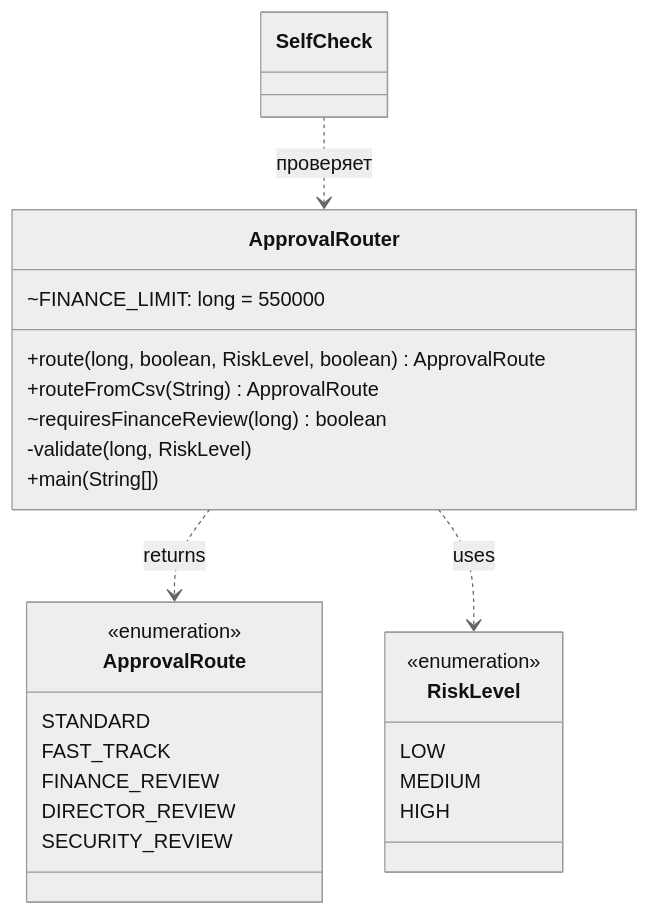
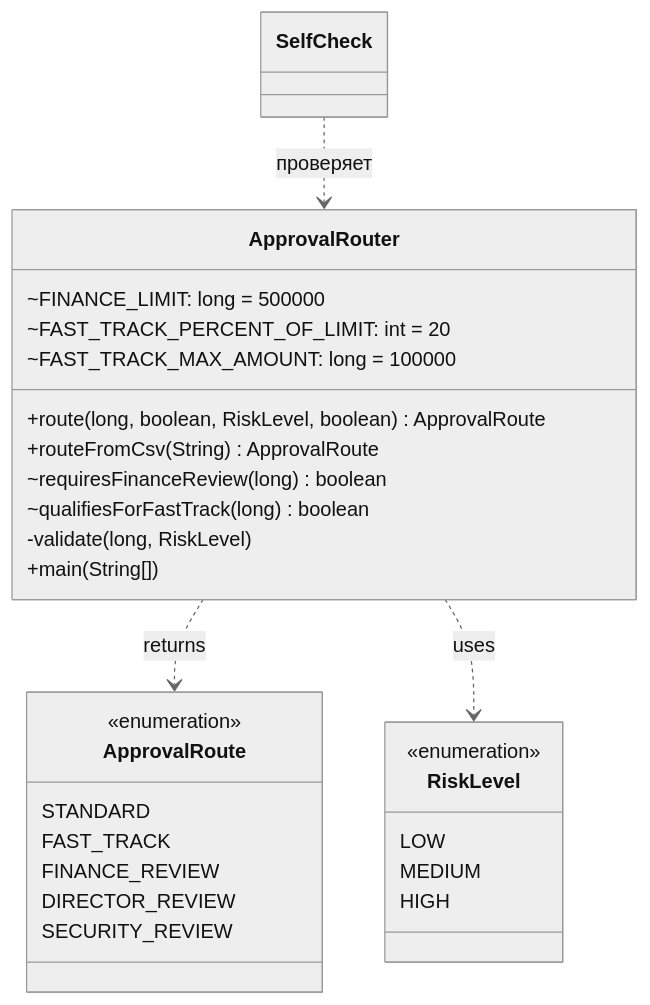
The second of 2 diagrams in pr06/README.md (f1shi/java-practice), drawn with Mermaid (neutral theme) before and after one commit. The commit also changed other lines of this file and 68 other files, not shown here.

````diff
--- a/pr06/README.md
+++ b/pr06/README.md
@@ -40,29 +41,32 @@
 ```mermaid
 classDiagram
     class ApprovalRouter {
-        ~FINANCE_LIMIT: long = 550000
+        ~FINANCE_LIMIT: long = 500000
+        ~FAST_TRACK_PERCENT_OF_LIMIT: int = 20
+        ~FAST_TRACK_MAX_AMOUNT: long = 100000
         +route(long, boolean, RiskLevel, boolean) ApprovalRoute
         +routeFromCsv(String) ApprovalRoute
         ~requiresFinanceReview(long) boolean
+        ~qualifiesForFastTrack(long) boolean
         -validate(long, RiskLevel)
         +main(String[])
     }
     class ApprovalRoute {
         <<enumeration>>
         STANDARD
         FAST_TRACK
         FINANCE_REVIEW
         DIRECTOR_REVIEW
         SECURITY_REVIEW
     }
     class RiskLevel {
         <<enumeration>>
         LOW
         MEDIUM
         HIGH
     }
     class SelfCheck
     ApprovalRouter ..> ApprovalRoute : returns
     ApprovalRouter ..> RiskLevel : uses
     SelfCheck ..> ApprovalRouter : проверяет
 ```
````
